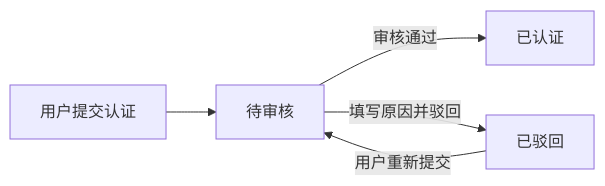
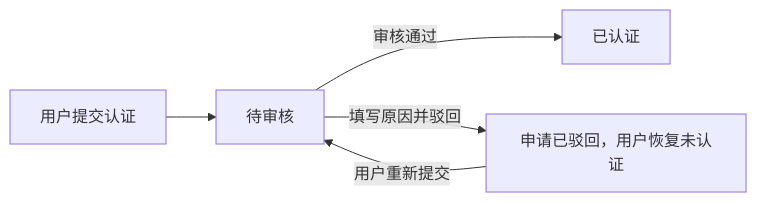
The first of 3 diagrams in docs/管理员后台设计计划书.md (shizunana/Artiv), drawn with Mermaid before and after one commit. The commit also changed other lines of this file and 10 other files, not shown here.

````diff
--- a/docs/管理员后台设计计划书.md
+++ b/docs/管理员后台设计计划书.md
@@ -363,7 +363,7 @@
 ```mermaid
 flowchart LR
     A["用户提交认证"] --> B["待审核"]
     B -->|"审核通过"| C["已认证"]
-    B -->|"填写原因并驳回"| D["已驳回"]
+    B -->|"填写原因并驳回"| D["申请已驳回，用户恢复未认证"]
     D -->|"用户重新提交"| B
 ```
````
